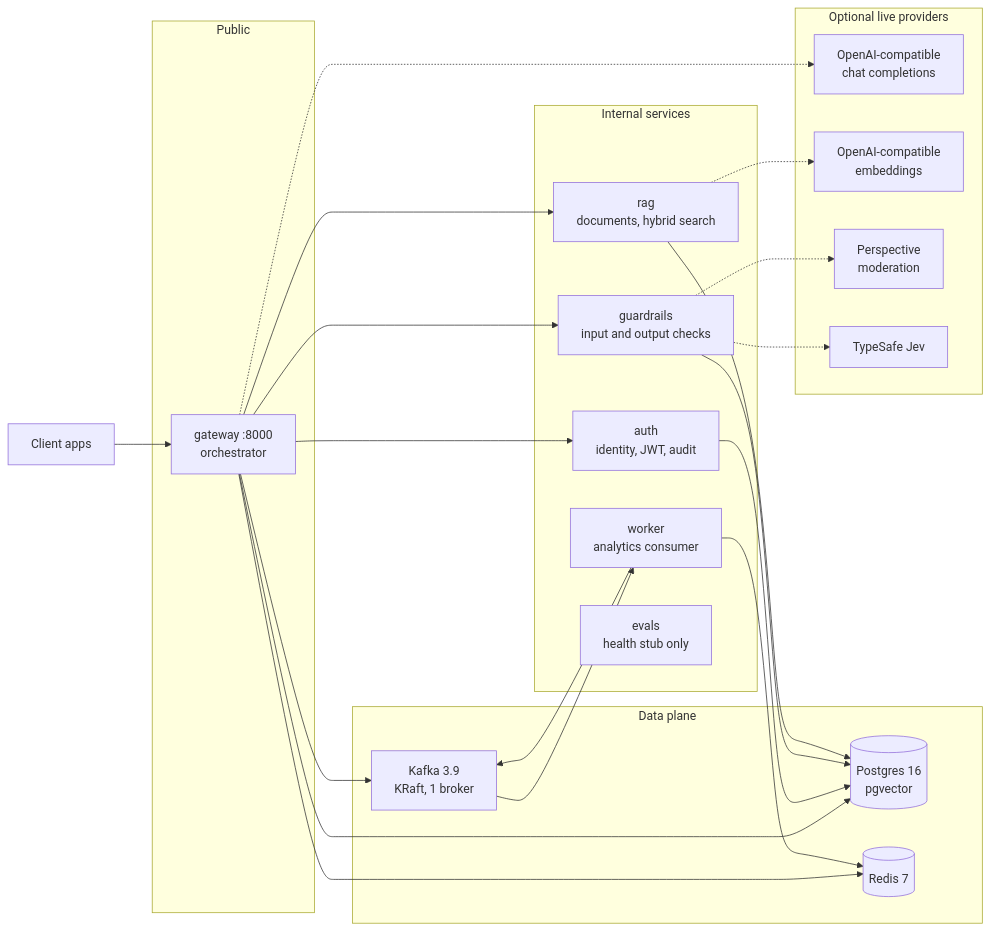
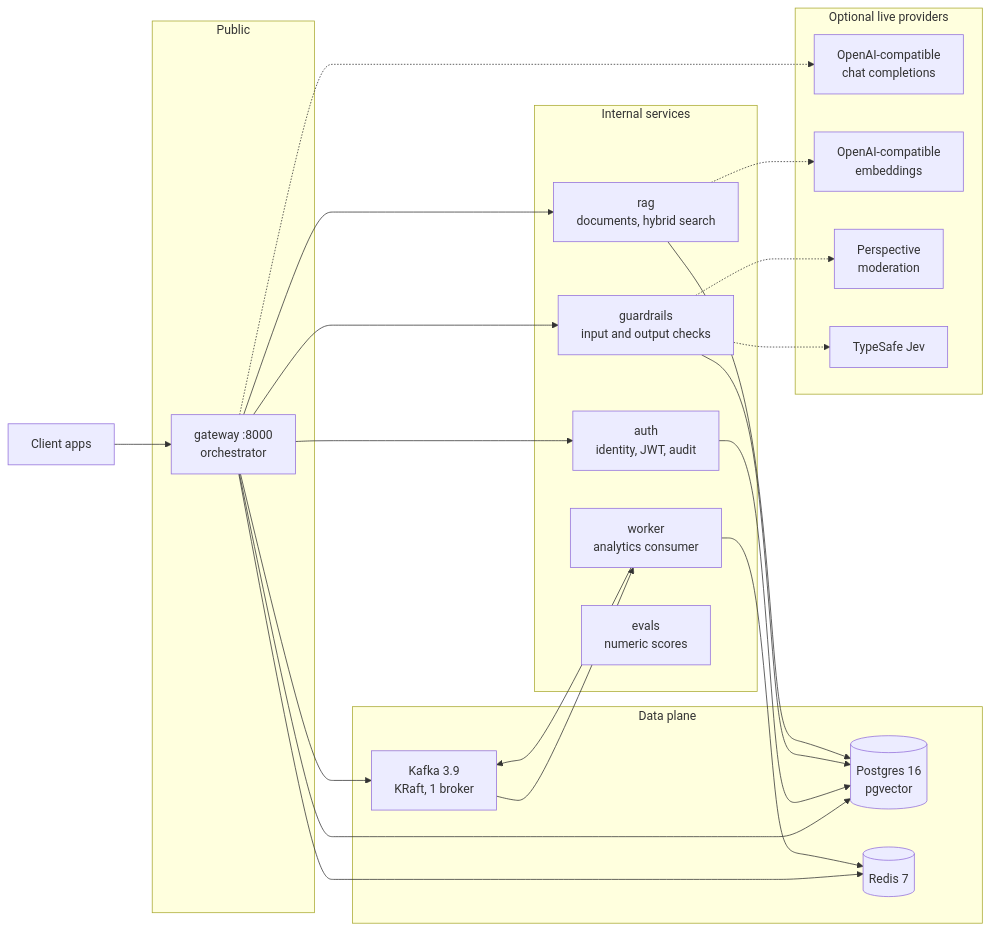
Before and after one commit to Maruthi-srinivas/AIGATEWAY: the first of 4 diagrams in docs/diagrams/architecture.md, drawn with Mermaid. The commit also changed other lines of this file and 38 other files, not shown here.

````diff
--- a/docs/diagrams/architecture.md
+++ b/docs/diagrams/architecture.md
@@ -11,47 +11,47 @@
 ```mermaid
 flowchart LR
     Client["Client apps"]
 
     subgraph edge ["Public"]
         Gateway["gateway :8000<br/>orchestrator"]
     end
 
     subgraph internal ["Internal services"]
         Auth["auth<br/>identity, JWT, audit"]
         Guard["guardrails<br/>input and output checks"]
         RAG["rag<br/>documents, hybrid search"]
         Worker["worker<br/>analytics consumer"]
-        Evals["evals<br/>health stub only"]
+        Evals["evals<br/>numeric scores"]
     end
 
     subgraph data ["Data plane"]
         PG[("Postgres 16<br/>pgvector")]
         Redis[("Redis 7")]
         Kafka["Kafka 3.9<br/>KRaft, 1 broker"]
     end
 
     subgraph optional ["Optional live providers"]
         LLM["OpenAI-compatible<br/>chat completions"]
         Embed["OpenAI-compatible<br/>embeddings"]
         Perspective["Perspective<br/>moderation"]
         Jev["TypeSafe Jev"]
     end
 
     Client --> Gateway
     Gateway --> Auth
     Gateway --> Guard
     Gateway --> RAG
     Gateway --> PG
     Gateway --> Redis
     Gateway --> Kafka
     Gateway -.-> LLM
     Auth --> PG
     Guard --> PG
     Guard -.-> Perspective
     Guard -.-> Jev
     RAG --> PG
     RAG -.-> Embed
     Kafka --> Worker
     Worker --> Redis
     Worker --> Kafka
 ```
````
